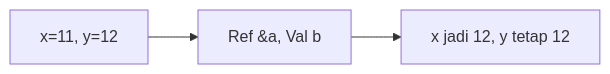
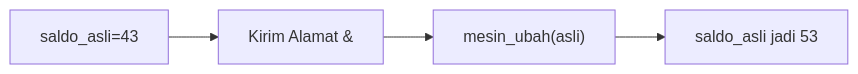
One commit to amnahwaida/OSNK_INF_PREP changed diagram 11 of 25 in part-c-pemahaman-cpp/04-fungsi/latihan/set-04.md. Above: the diagram before and after it, drawn with Mermaid. The commit also changed other lines of this file and 71 other files, not shown here.

````diff
--- a/part-c-pemahaman-cpp/04-fungsi/latihan/set-04.md
+++ b/part-c-pemahaman-cpp/04-fungsi/latihan/set-04.md
@@ -286,5 +301,6 @@
 ```mermaid
 graph LR
-A["x=11, y=12"] --> B["Ref &a, Val b"]
-B --> C["x jadi 12, y tetap 12"]
+A["saldo_asli=43"] --> B["Kirim Alamat &"]
+B --> C["mesin_ubah(asli)"]
+C --> D["saldo_asli jadi 53"]
 ```
````
